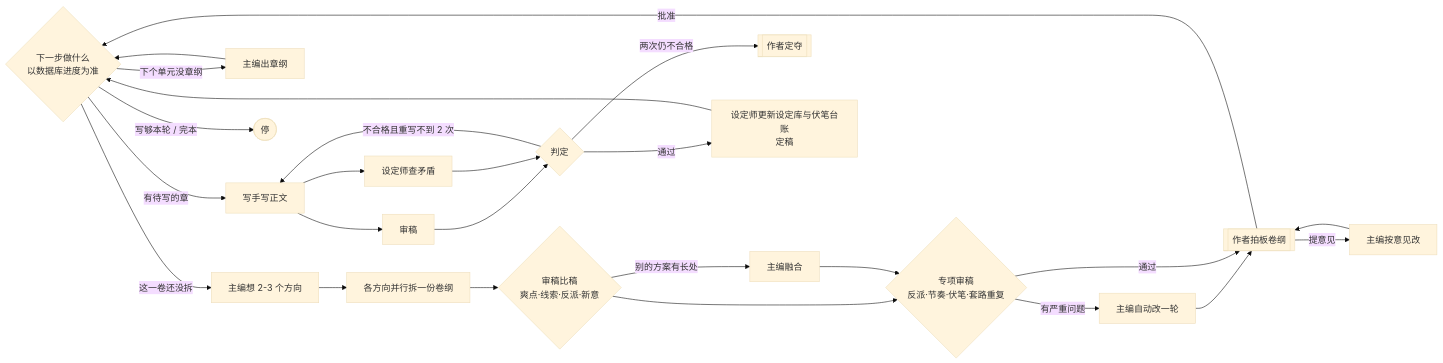
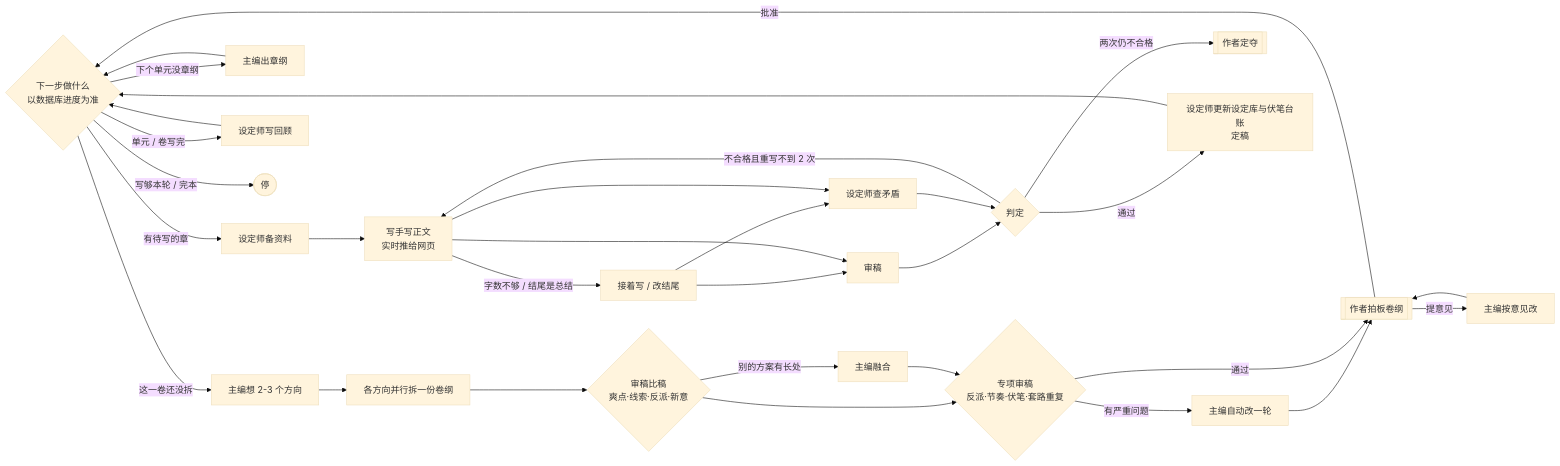
One commit to lxbtkfbj/zhibi changed the second of 3 diagrams in README.md. Above: the diagram before and after it, drawn with Mermaid (base theme). The commit also changed other lines of this file and 34 other files, not shown here.

````diff
--- a/README.md
+++ b/README.md
@@ -43,27 +46,33 @@
 ```mermaid
 flowchart LR
     N{下一步做什么<br/>以数据库进度为准} -->|这一卷还没拆| P[主编想 2-3 个方向]
     P --> P1[各方向并行拆一份卷纲]
     P1 --> B{审稿比稿<br/>爽点·线索·反派·新意}
     B -- 别的方案有长处 --> M[主编融合]
     B --> A
     M --> A{专项审稿<br/>反派·节奏·伏笔·套路重复}
     A -- 有严重问题 --> AR[主编自动改一轮]
     AR --> G1
     A -- 通过 --> G1[[作者拍板卷纲]]
     G1 -- 提意见 --> GR[主编按意见改]
     GR --> G1
     G1 -- 批准 --> N
     N -->|下个单元没章纲| C[主编出章纲]
     C --> N
-    N -->|有待写的章| W[写手写正文]
+    N -->|有待写的章| L[设定师备资料]
+    L --> W[写手写正文<br/>实时推给网页]
+    W -- 字数不够 / 结尾是总结 --> PL[接着写 / 改结尾]
+    PL --> R
+    PL --> K
     W --> R[审稿]
     W --> K[设定师查矛盾]
     R --> J{判定}
     K --> J
     J -- 不合格且重写不到 2 次 --> W
     J -- 两次仍不合格 --> G2[[作者定夺]]
     J -- 通过 --> F[设定师更新设定库与伏笔台账<br/>定稿]
     F --> N
+    N -->|单元 / 卷写完| RC[设定师写回顾]
+    RC --> N
     N -->|写够本轮 / 完本| X([停])
 ```
````
